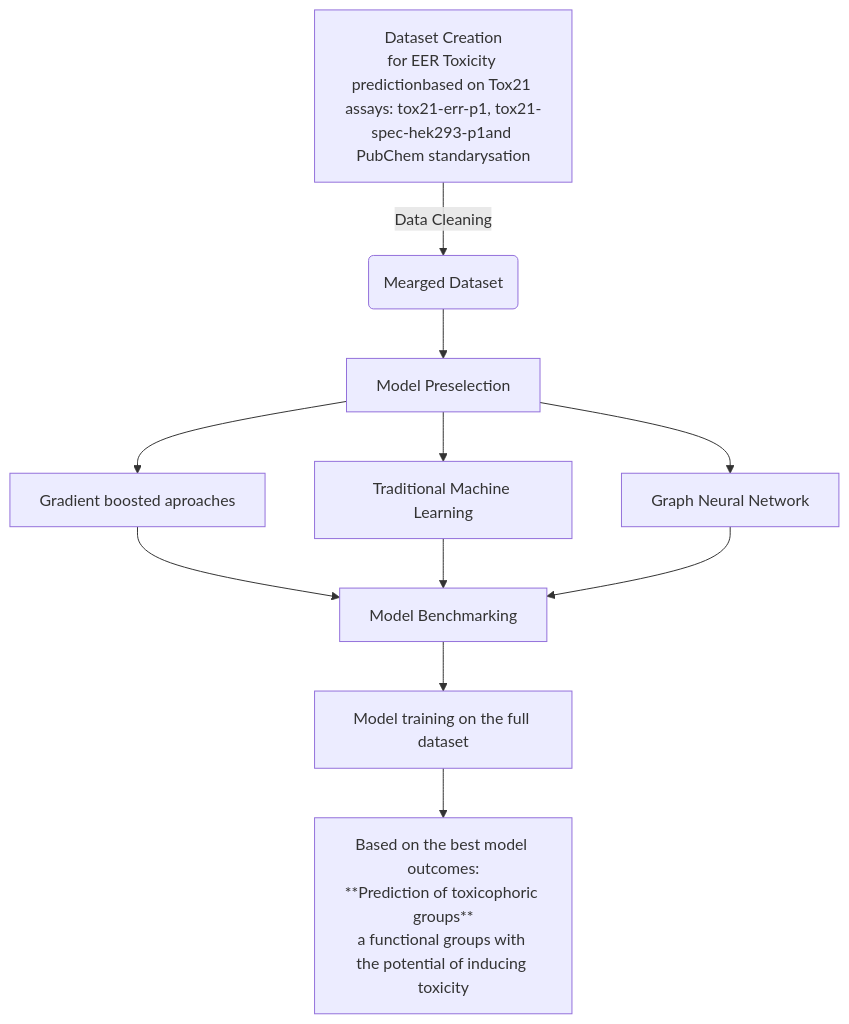
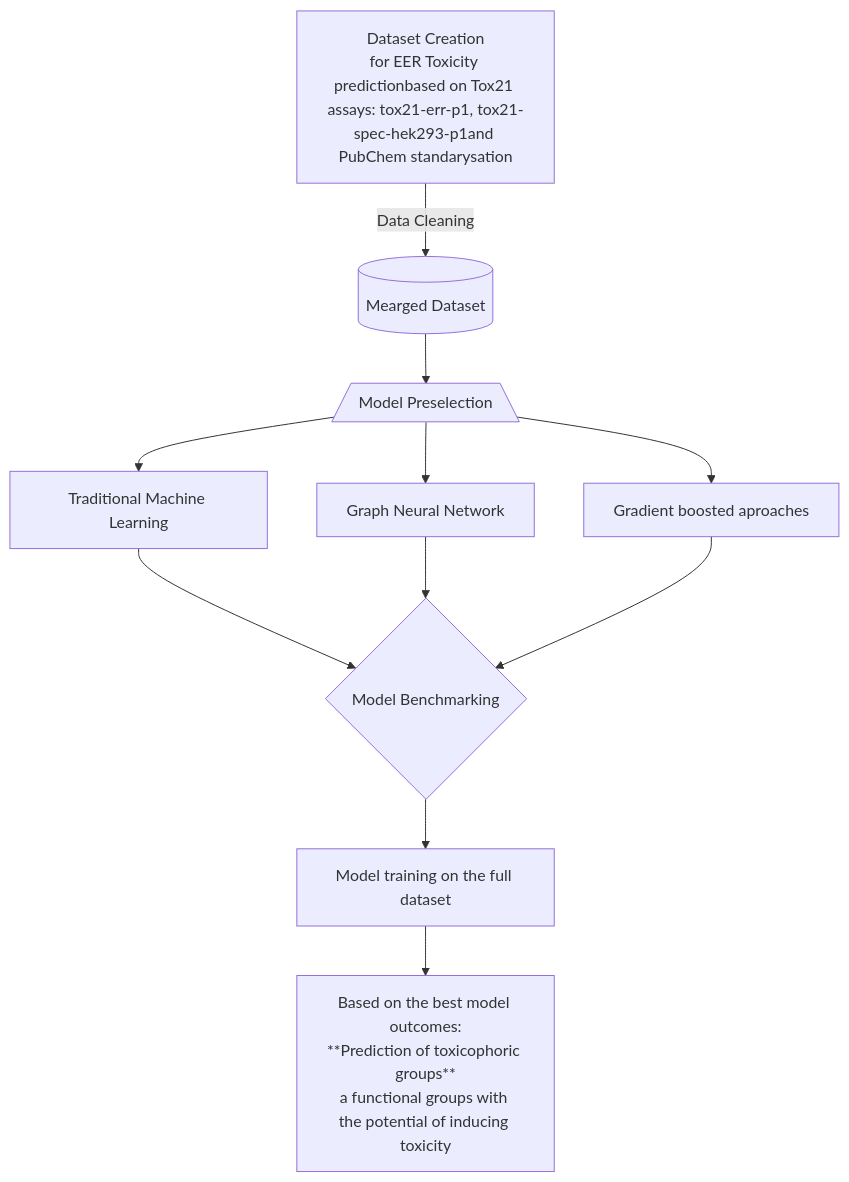
The diagram in README.md (SFGLab/Team9_Toxicological_Profiles), drawn with Mermaid before and after one commit.

Commit message:
Update README.md
Update Flowchart

````diff
--- a/README.md
+++ b/README.md
@@ -77,13 +77,11 @@
 ```mermaid
 flowchart TD;
-    A[Dataset Creation<br>for EER Toxicity prediction<be>based on Tox21 assays: tox21-err-p1, tox21-spec-hek293-p1<be>and PubChem standarysation] -->|Data Cleaning| B(Mearged Dataset);
-    B --> C[Model Preselection];
+    A[Dataset Creation<br>for EER Toxicity prediction<be>based on Tox21 assays: tox21-err-p1, tox21-spec-hek293-p1<be>and PubChem standarysation] -->|Data Cleaning| B@{shape: cyl, label: Mearged Dataset};
+    B --> C@{shape: trap-b, label: Model Preselection};
     C --> D[Traditional Machine Learning];
     C --> E[Graph Neural Network];
     C --> F[Gradient boosted aproaches];
-    F --> G[Model Benchmarking];
-    D --> G;
-    E --> G;
+    D & E & F --> G@{ shape: diamond, label: Model Benchmarking};
     G --> H[Model training on the full dataset];
     H --> I[Based on the best model outcomes:<br>**Prediction of toxicophoric groups**<br>a functional groups with the potential of inducing toxicity];
 ```
````
